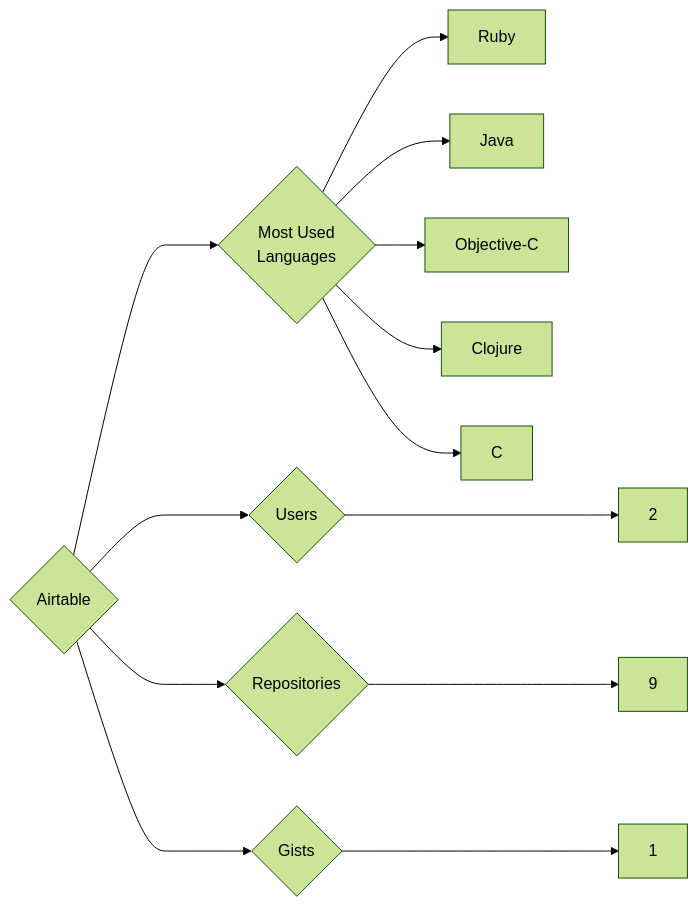
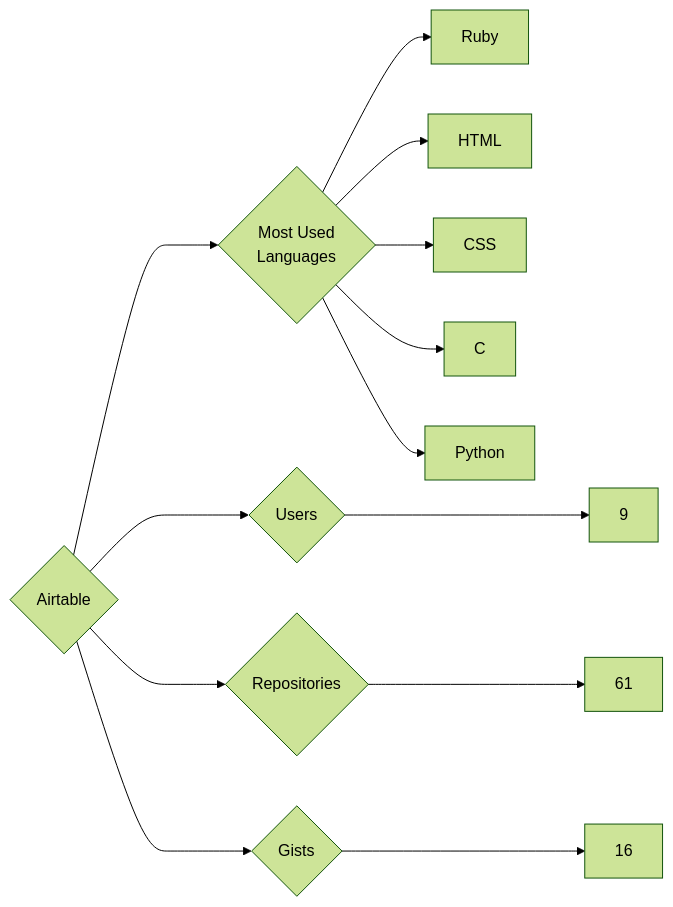
One commit to trickest/insiders changed the diagram in targets/Airtable/README.md. Above: the diagram before and after it, drawn with Mermaid (forest theme). The commit also changed 1149 other files, not shown here.

````diff
--- a/targets/Airtable/README.md
+++ b/targets/Airtable/README.md
@@ -3,13 +3,13 @@
 ```mermaid
 graph LR
 COMPANY_NAME{Airtable}
-COMPANY_NAME ---> U{Users} ---> UN[2]
-COMPANY_NAME ---> R{Repositories} ---> RN[9]
-COMPANY_NAME ---> G{Gists} ---> GN[1]
+COMPANY_NAME ---> U{Users} ---> UN[9]
+COMPANY_NAME ---> R{Repositories} ---> RN[61]
+COMPANY_NAME ---> G{Gists} ---> GN[16]
 COMPANY_NAME ---> ML{Most Used<br>Languages}
 ML --> Ruby[Ruby]
-ML --> Java[Java]
-ML --> Objective-C[Objective-C]
-ML --> Clojure[Clojure]
+ML --> HTML[HTML]
+ML --> CSS[CSS]
 ML --> C[C]
+ML --> Python[Python]
 ```
````
